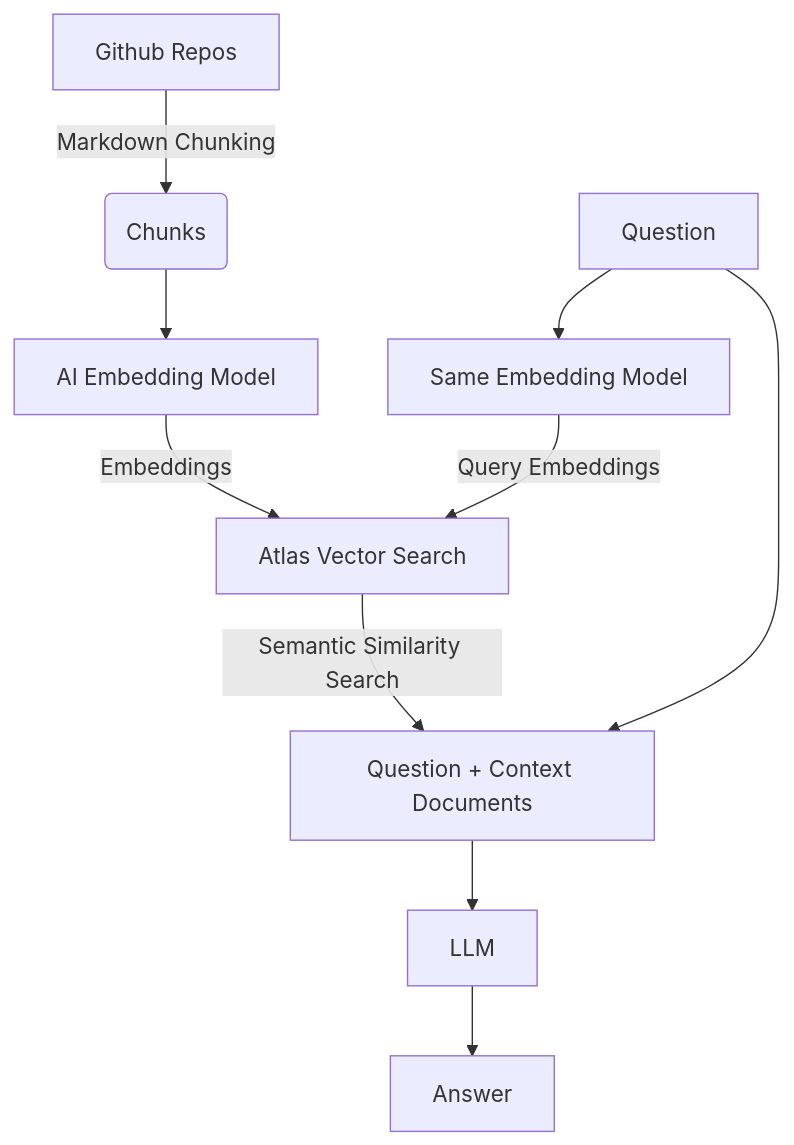
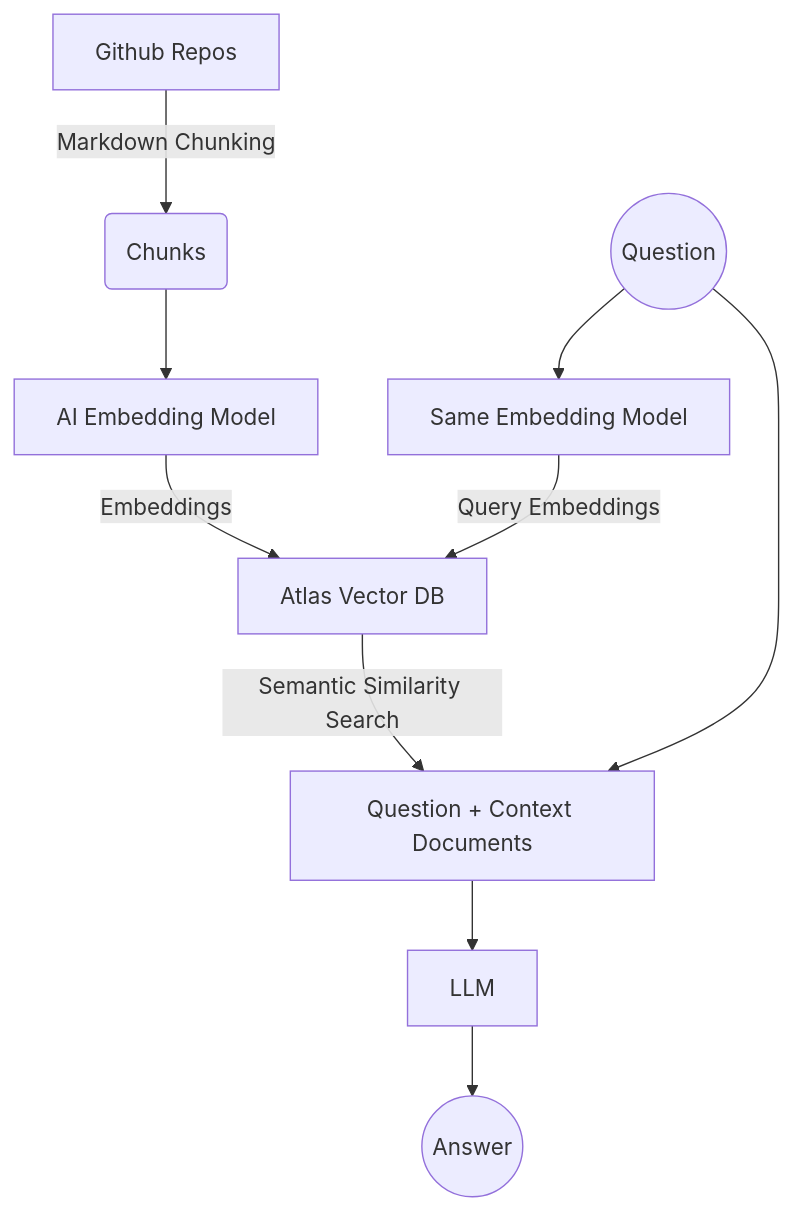
Before and after one commit to nehiljain/oss-repo-recommender: the diagram in README.md, drawn with Mermaid. The commit also changed 1 other file, not shown here.

Commit message:
Feat: Prompt for querying

````diff
--- a/README.md
+++ b/README.md
@@ -6,12 +6,13 @@
 ```mermaid
 graph TD
     A[Github Repos] -->|Markdown Chunking| B(Chunks)
     B --> C[AI Embedding Model]
-    C -->|Embeddings| D[Atlas Vector Search]
-    E[Question] --> F[Same Embedding Model]
+    C -->|Embeddings| D[Atlas Vector DB]
+    E((Question)) --> F[Same Embedding Model]
     F -->|Query Embeddings| D
     D --> |Semantic Similarity Search| H[Question + Context Documents]
     E -->  H
     H --> I[LLM]
-    I --> J[Answer]
+    I --> J((Answer))
+
 ```
````
